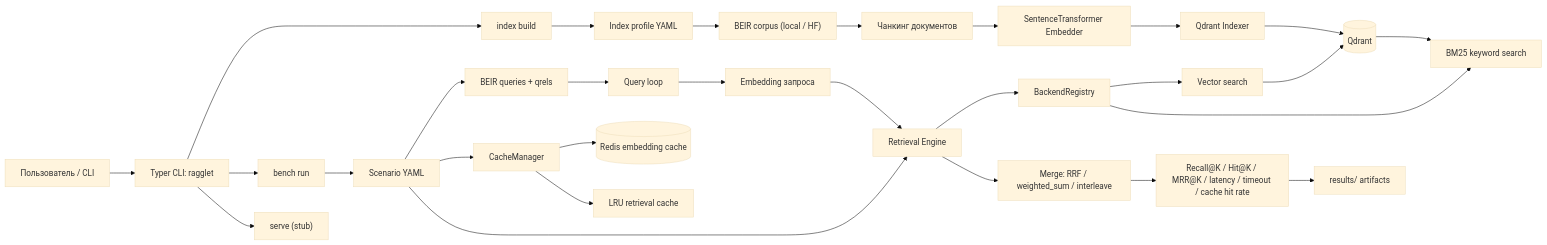
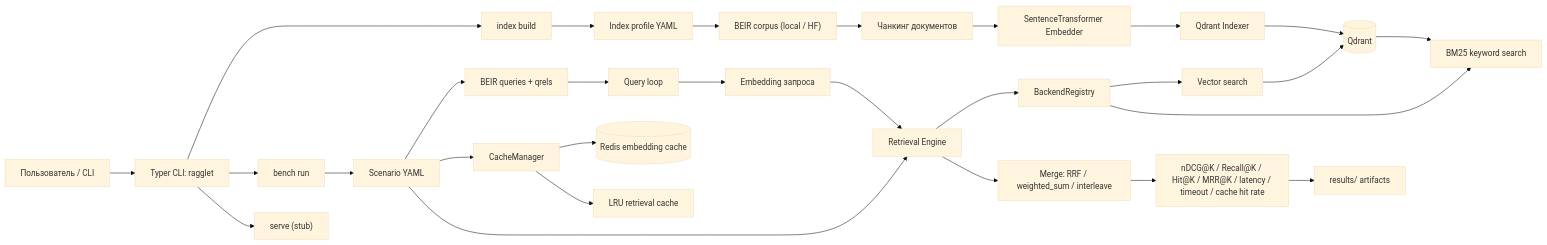
The diagram in README.md (ksilisk/ragglet), drawn with Mermaid (base theme) before and after one commit. The commit also changed other lines of this file and 18 other files, not shown here.

````diff
--- a/README.md
+++ b/README.md
@@ -235,38 +235,38 @@
 ```mermaid
 flowchart LR
     U["Пользователь / CLI"] --> CLI["Typer CLI: ragglet"]
     CLI --> IDX["index build"]
     CLI --> BENCH["bench run"]
     CLI --> SERVE["serve (stub)"]
 
     IDX --> IPROF["Index profile YAML"]
     IPROF --> PARSE["BEIR corpus (local / HF)"]
     PARSE --> CHUNK["Чанкинг документов"]
     CHUNK --> EMB["SentenceTransformer Embedder"]
     EMB --> QI["Qdrant Indexer"]
     QI --> QDRANT[("Qdrant")]
 
     BENCH --> SCN["Scenario YAML"]
     SCN --> DATA["BEIR queries + qrels"]
     SCN --> CACHE["CacheManager"]
     SCN --> RET["Retrieval Engine"]
 
     CACHE --> REDIS[("Redis embedding cache")]
     CACHE --> LRU["LRU retrieval cache"]
 
     DATA --> LOOP["Query loop"]
     LOOP --> EMBQ["Embedding запроса"]
     EMBQ --> RET
 
     RET --> BACK["BackendRegistry"]
     BACK --> VEC["Vector search"]
     BACK --> KW["BM25 keyword search"]
 
     VEC --> QDRANT
     QDRANT --> KW
 
     RET --> MERGE["Merge: RRF / weighted_sum / interleave"]
-    MERGE --> METRICS["Recall@K / Hit@K / MRR@K / latency / timeout / cache hit rate"]
+    MERGE --> METRICS["nDCG@K / Recall@K / Hit@K / MRR@K / latency / timeout / cache hit rate"]
     METRICS --> RES["results/ artifacts"]
 
 ```
````
